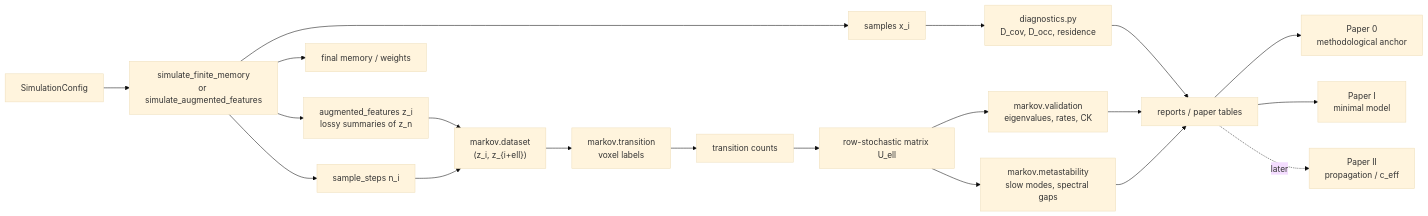
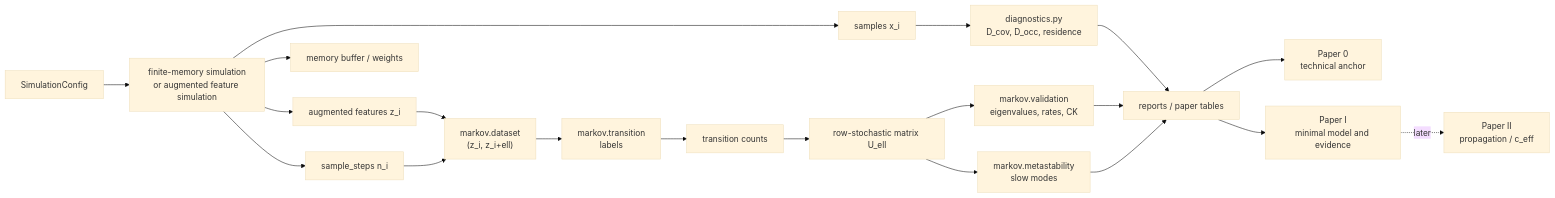
One commit to MemoryDynamics/Knoten changed the third of 4 diagrams in docs/repository_map.md. Above: the diagram before and after it, drawn with Mermaid (base theme). The commit also changed other lines of this file and 29 other files, not shown here.

````diff
--- a/docs/repository_map.md
+++ b/docs/repository_map.md
@@ -42,27 +64,27 @@
 ```mermaid
 flowchart LR
-    config["SimulationConfig"] --> sim["simulate_finite_memory<br/>or simulate_augmented_features"]
+    config["SimulationConfig"] --> sim["finite-memory simulation<br/>or augmented feature simulation"]
 
     sim --> samples["samples x_i"]
     sim --> steps["sample_steps n_i"]
-    sim --> memory["final memory / weights"]
-    sim --> features["augmented_features z_i<br/>lossy summaries of z_n"]
+    sim --> memory["memory buffer / weights"]
+    sim --> zfeatures["augmented features z_i"]
 
     samples --> geom["diagnostics.py<br/>D_cov, D_occ, residence"]
-    features --> lagged["markov.dataset<br/>(z_i, z_{i+ell})"]
+    zfeatures --> lagged["markov.dataset<br/>(z_i, z_i+ell)"]
     steps --> lagged
 
-    lagged --> labels["markov.transition<br/>voxel labels"]
+    lagged --> labels["markov.transition<br/>labels"]
     labels --> counts["transition counts"]
     counts --> matrix["row-stochastic matrix U_ell"]
     matrix --> validation["markov.validation<br/>eigenvalues, rates, CK"]
-    matrix --> meta["markov.metastability<br/>slow modes, spectral gaps"]
+    matrix --> meta["markov.metastability<br/>slow modes"]
 
-    geom --> report["reports / paper tables"]
-    validation --> report
-    meta --> report
+    geom --> reports["reports / paper tables"]
+    validation --> reports
+    meta --> reports
 
-    report --> paper0["Paper 0<br/>methodological anchor"]
-    report --> paper1["Paper I<br/>minimal model"]
-    report -.later.-> paper2["Paper II<br/>propagation / c_eff"]
+    reports --> paper0["Paper 0<br/>technical anchor"]
+    reports --> paper1["Paper I<br/>minimal model and evidence"]
+    paper1 -.later.-> paper2["Paper II<br/>propagation / c_eff"]
 ```
````
